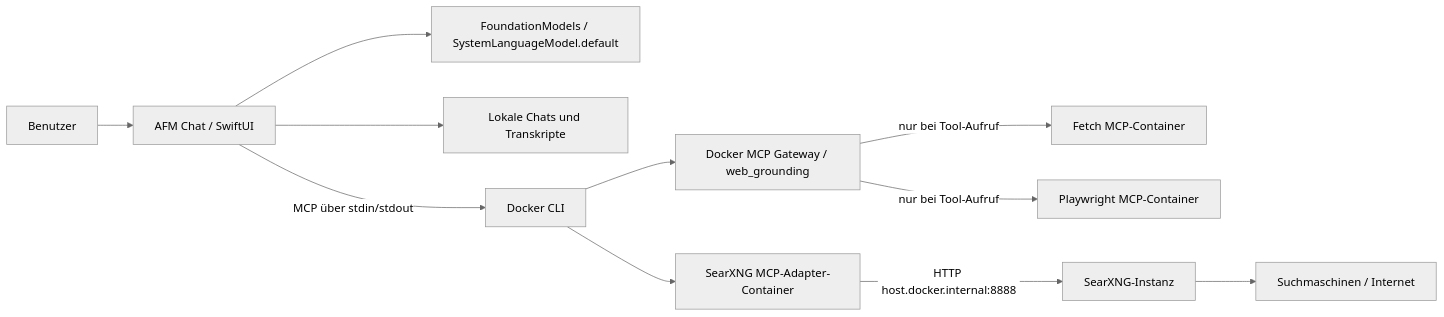
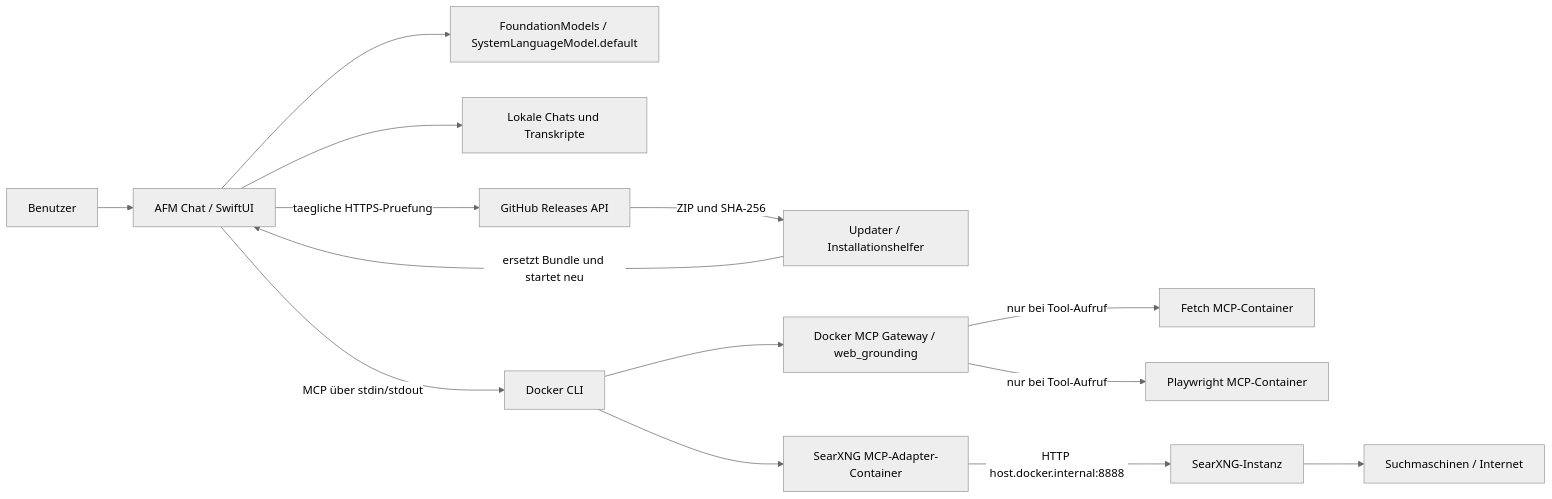
Before and after one commit to contrango/afmchat: the diagram in docs/ARCHITECTURE.md, drawn with Mermaid (neutral theme). The commit also changed other lines of this file and 10 other files, not shown here.

````diff
--- a/docs/ARCHITECTURE.md
+++ b/docs/ARCHITECTURE.md
@@ -5,13 +5,16 @@
 ```mermaid
 flowchart LR
     User[Benutzer] --> App[AFM Chat / SwiftUI]
     App --> Model[FoundationModels / SystemLanguageModel.default]
     App --> Local[Lokale Chats und Transkripte]
+    App -->|taegliche HTTPS-Pruefung| GH[GitHub Releases API]
+    GH -->|ZIP und SHA-256| Updater[Updater / Installationshelfer]
+    Updater -->|ersetzt Bundle und startet neu| App
     App -->|MCP über stdin/stdout| Docker[Docker CLI]
     Docker --> Gateway[Docker MCP Gateway / web_grounding]
     Gateway -->|nur bei Tool-Aufruf| Fetch[Fetch MCP-Container]
     Gateway -->|nur bei Tool-Aufruf| Playwright[Playwright MCP-Container]
     Docker --> Adapter[SearXNG MCP-Adapter-Container]
     Adapter -->|HTTP host.docker.internal:8888| SearXNG[SearXNG-Instanz]
     SearXNG --> Internet[Suchmaschinen / Internet]
 ```
````
